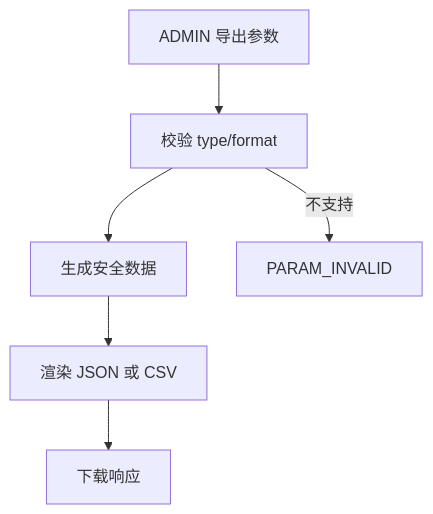
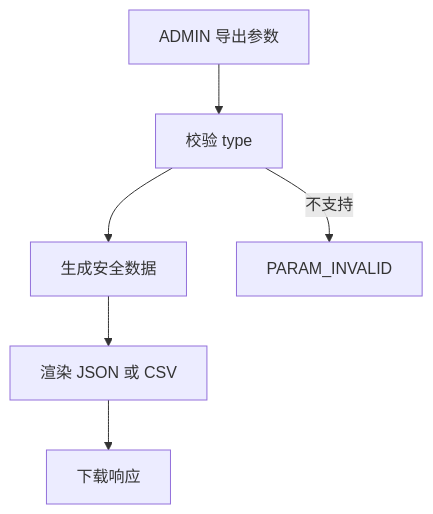
One commit to Kylinlixd/suno changed the tenth of 33 diagrams in docs/requirements/operations.md. Above: the diagram before and after it, drawn with Mermaid. The commit also changed other lines of this file and 2 other files, not shown here.

Commit message:
docs: clarify identity and operations transaction flows

````diff
--- a/docs/requirements/operations.md
+++ b/docs/requirements/operations.md
@@ -94,8 +103,8 @@
 ```mermaid
 flowchart TD
-  A[ADMIN 导出参数] --> V[校验 type/format]
+  A[ADMIN 导出参数] --> V[校验 type]
   V --> Q[生成安全数据]
   Q --> F[渲染 JSON 或 CSV]
   F --> R[下载响应]
   V -->|不支持| E[PARAM_INVALID]
 ```
````
